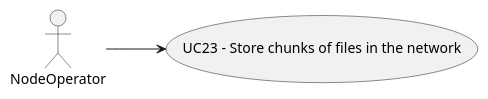
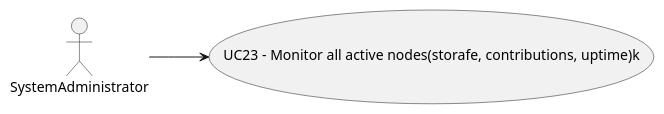
One commit to joaotorres28/ParticularProject changed the diagram in docs/Global_Artifacts/Design/Level1/Uc_Folder/UC23/UC23.puml. Above: the diagram before and after it, drawn with PlantUML. The commit also changed 25 other files, not shown here.

```diff
--- a/docs/Global_Artifacts/Design/Level1/Uc_Folder/UC23/UC23.puml
+++ b/docs/Global_Artifacts/Design/Level1/Uc_Folder/UC23/UC23.puml
@@ -1,9 +1,9 @@
 @startuml
 
 left to right direction
-actor NodeOperator
+actor SystemAdministrator
 
-usecase UC23 as "UC23 - Store chunks of files in the network"
-NodeOperator --> UC23
+usecase UC23 as "UC23 - Monitor all active nodes(storafe, contributions, uptime)k"
+SystemAdministrator --> UC23
 
 @enduml
```
